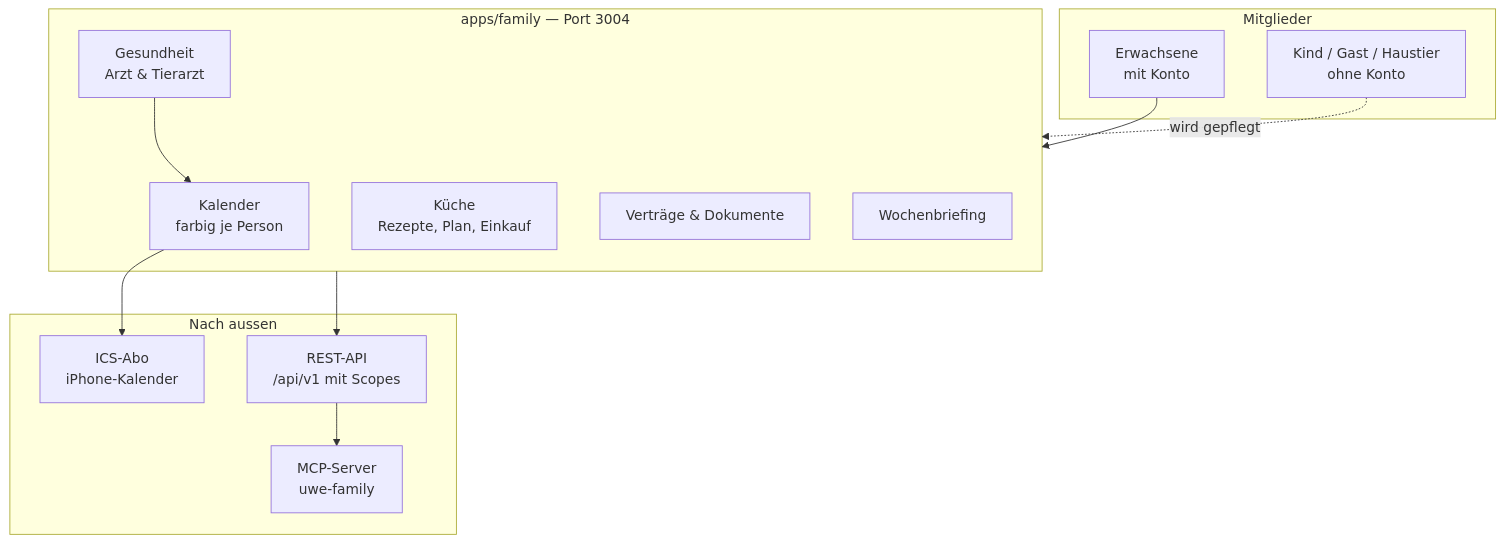
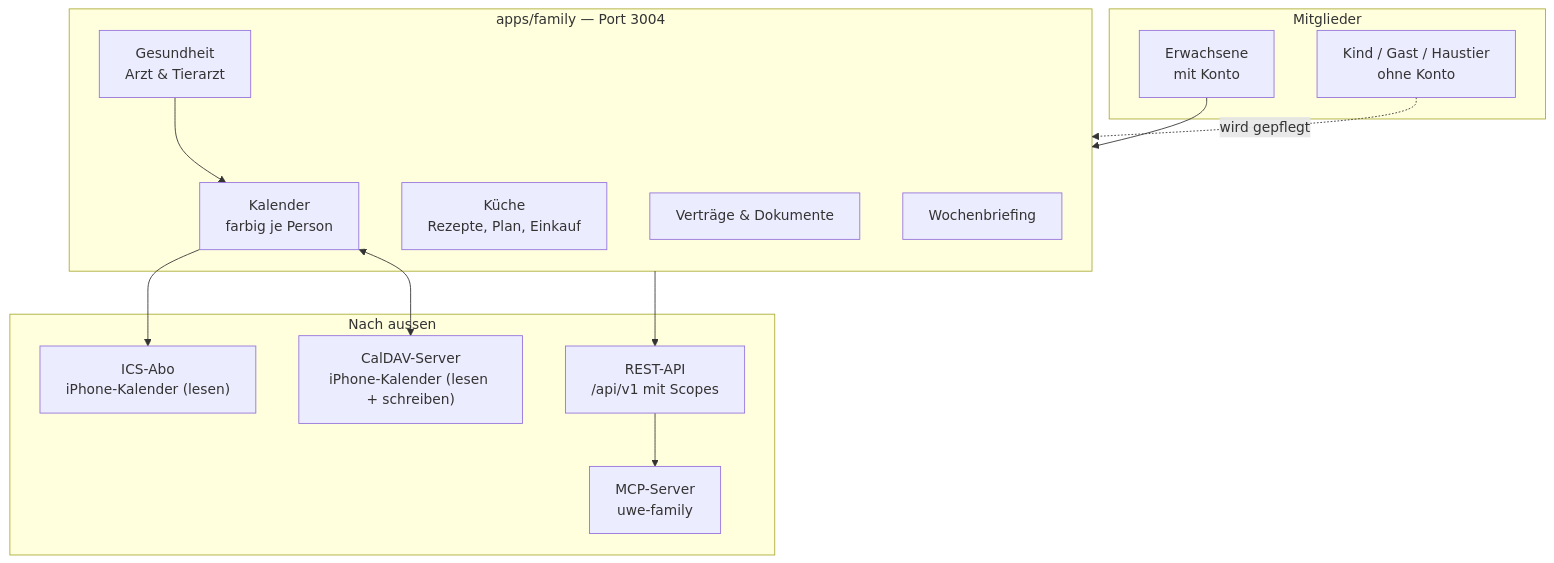
One commit to Nehmo101/UWE changed the diagram in docs/family/README.md. Above: the diagram before and after it, drawn with Mermaid. The commit also changed other lines of this file and 8 other files, not shown here.

First line of the commit message:
docs(family): CalDAV-Server dokumentieren, Command-Center-Proxy-Wrapping extrahieren

````diff
--- a/docs/family/README.md
+++ b/docs/family/README.md
@@ -10,27 +10,29 @@
 ```mermaid
 flowchart TB
   subgraph Personen["Mitglieder"]
     A["Erwachsene<br/>mit Konto"]
     K["Kind / Gast / Haustier<br/>ohne Konto"]
   end
 
   subgraph Family["apps/family — Port 3004"]
     CAL["Kalender<br/>farbig je Person"]
     KUE["Küche<br/>Rezepte, Plan, Einkauf"]
     GES["Gesundheit<br/>Arzt & Tierarzt"]
     VER["Verträge & Dokumente"]
     WOCHE["Wochenbriefing"]
   end
 
   subgraph Aussen["Nach aussen"]
-    ICS["ICS-Abo<br/>iPhone-Kalender"]
+    ICS["ICS-Abo<br/>iPhone-Kalender (lesen)"]
+    DAV["CalDAV-Server<br/>iPhone-Kalender (lesen + schreiben)"]
     API["REST-API<br/>/api/v1 mit Scopes"]
     MCP["MCP-Server<br/>uwe-family"]
   end
 
   A --> Family
   K -.wird gepflegt.-> Family
   CAL --> ICS
+  CAL <--> DAV
   Family --> API --> MCP
   GES --> CAL
 ```
````
